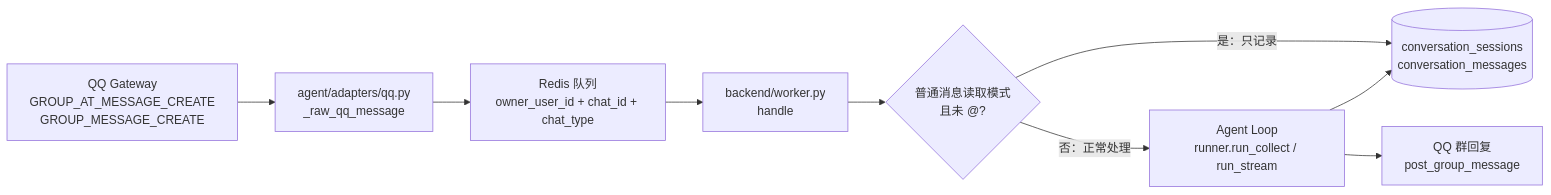
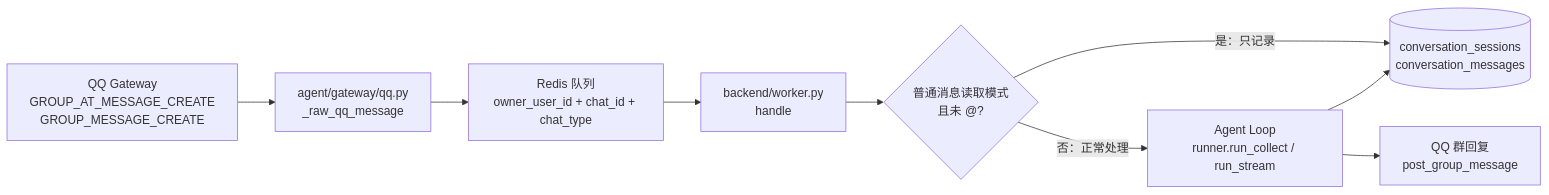
Before and after one commit to Coffeiz/Gugu-web: the diagram in docs/agent/21-群聊消息架构.md, drawn with Mermaid. The commit also changed other lines of this file and 123 other files, not shown here.

````diff
--- a/docs/agent/21-群聊消息架构.md
+++ b/docs/agent/21-群聊消息架构.md
@@ -47,16 +47,16 @@
 ```mermaid
 flowchart LR
   QQ[QQ Gateway\nGROUP_AT_MESSAGE_CREATE\nGROUP_MESSAGE_CREATE]
-  GW[agent/adapters/qq.py\n_raw_qq_message]
+  GW[agent/gateway/qq.py\n_raw_qq_message]
   Q[Redis 队列\nowner_user_id + chat_id + chat_type]
   W[backend/worker.py\nhandle]
   P{普通消息读取模式\n且未 @?}
   DB[(conversation_sessions\nconversation_messages)]
   L[Agent Loop\nrunner.run_collect / run_stream]
   SEND[QQ 群回复\npost_group_message]
 
   QQ --> GW --> Q --> W --> P
   P -- 是：只记录 --> DB
   P -- 否：正常处理 --> L --> DB
   L --> SEND
 ```
````
